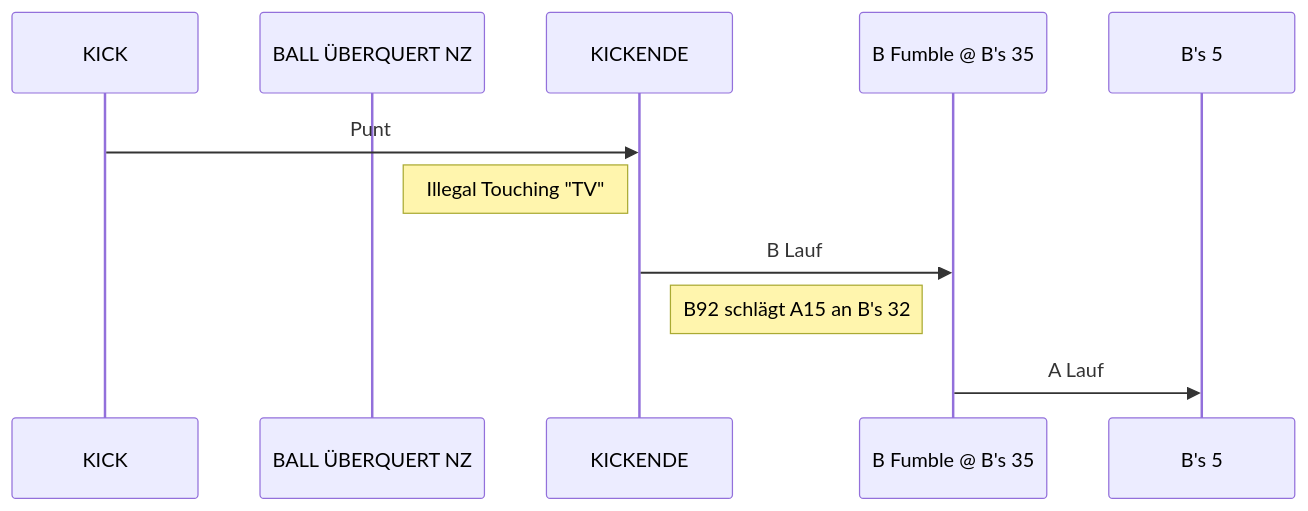
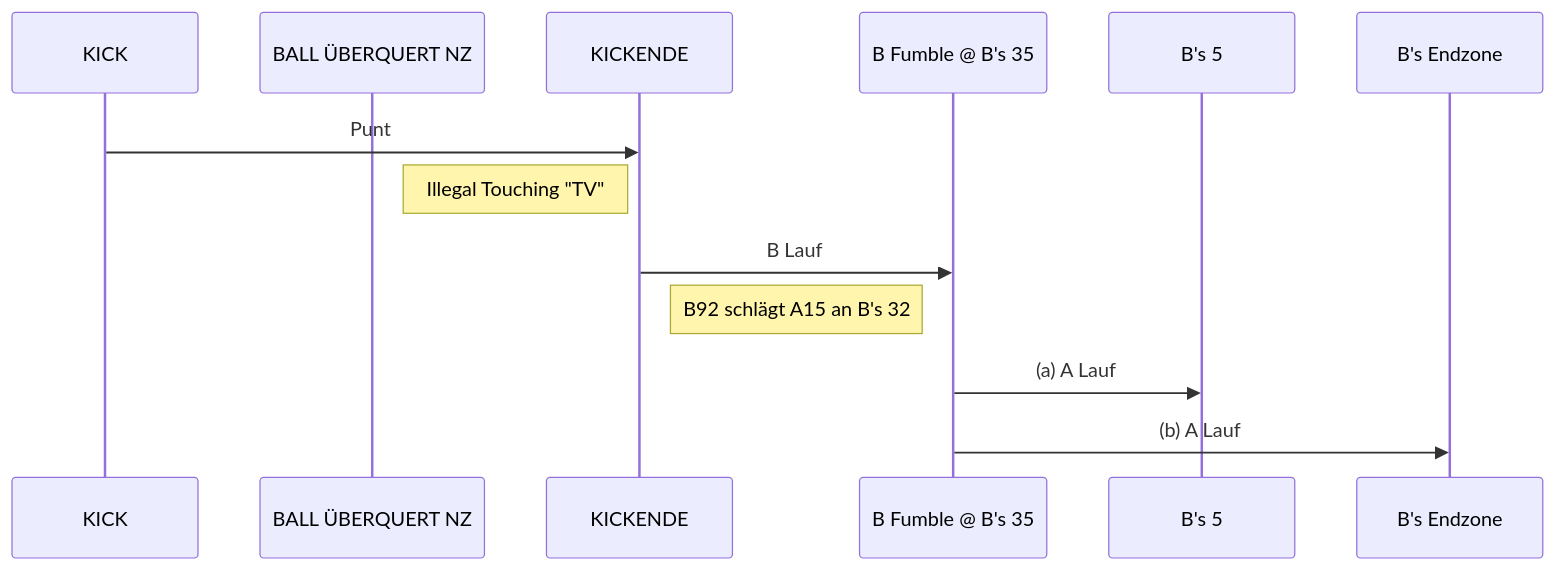
One commit to mschwieger/alizenz changed the sixth of 7 diagrams in docs/scrimmage_kicks.md. Above: the diagram before and after it, drawn with Mermaid. The commit also changed other lines of this file, not shown here.

````diff
--- a/docs/scrimmage_kicks.md
+++ b/docs/scrimmage_kicks.md
@@ -126,13 +126,15 @@
 ```mermaid
 sequenceDiagram
     participant KICK
     participant NZ as BALL ÜBERQUERT NZ
     participant KICKENDE
     participant BFUMBLE as B Fumble @ B's 35
     participant BALLDEAD as B's 5
+    participant BENDZONE as B's Endzone
     KICK->>KICKENDE: Punt
     note right of NZ: Illegal Touching "TV"
     KICKENDE->>BFUMBLE: B Lauf
     note right of KICKENDE: B92 schlägt A15 an B's 32
-    BFUMBLE->>BALLDEAD: A Lauf
+    BFUMBLE->>BALLDEAD: (a) A Lauf
+    BFUMBLE->>BENDZONE: (b) A Lauf
 ```
````
